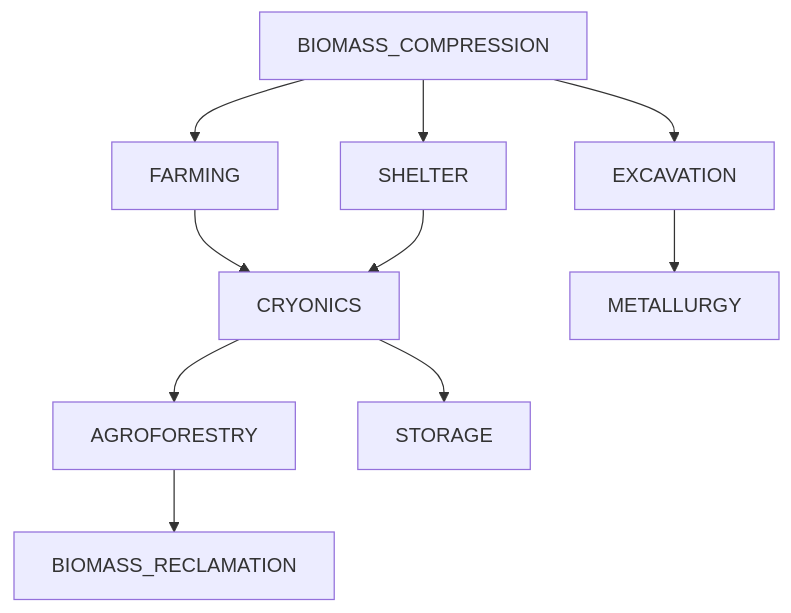
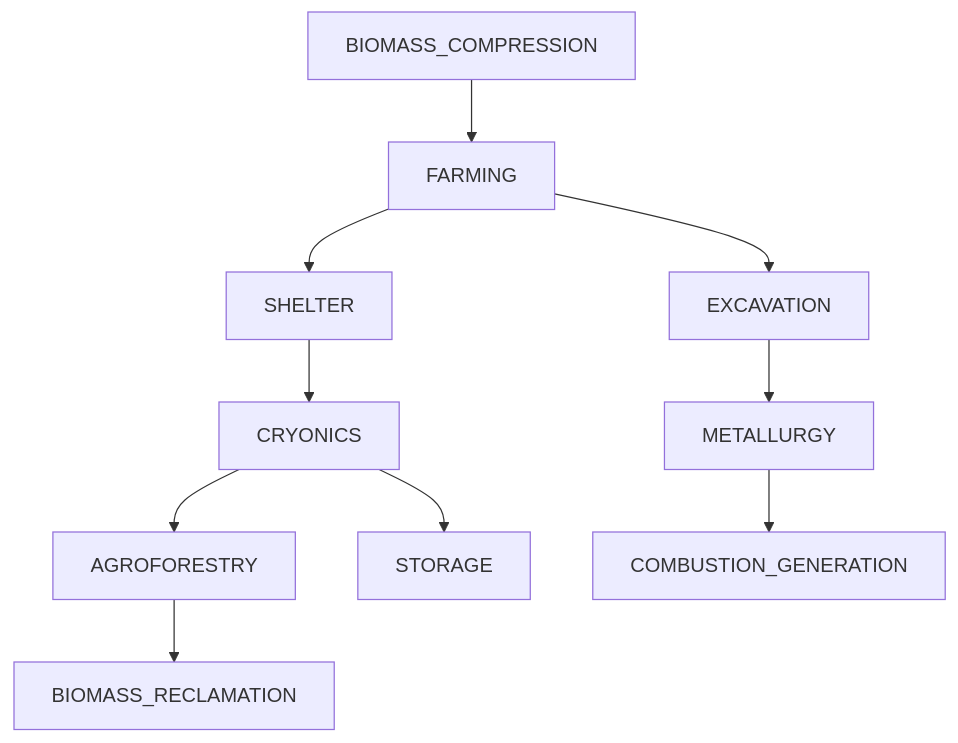
The diagram in docs/TECH_TREE.md (krnsk0/idler), drawn with Mermaid before and after one commit. The commit also changed 6 other files, not shown here.

````diff
--- a/docs/TECH_TREE.md
+++ b/docs/TECH_TREE.md
@@ -6,13 +6,13 @@
 ```mermaid
 flowchart TD;
   BIOMASS_COMPRESSION --> FARMING
-  BIOMASS_COMPRESSION --> SHELTER
-  BIOMASS_COMPRESSION --> EXCAVATION
-  FARMING --> CRYONICS
+  FARMING --> SHELTER
+  FARMING --> EXCAVATION
   SHELTER --> CRYONICS
   CRYONICS --> AGROFORESTRY
   CRYONICS --> STORAGE
   AGROFORESTRY --> BIOMASS_RECLAMATION
   EXCAVATION --> METALLURGY
+  METALLURGY --> COMBUSTION_GENERATION
 
 ```
````
